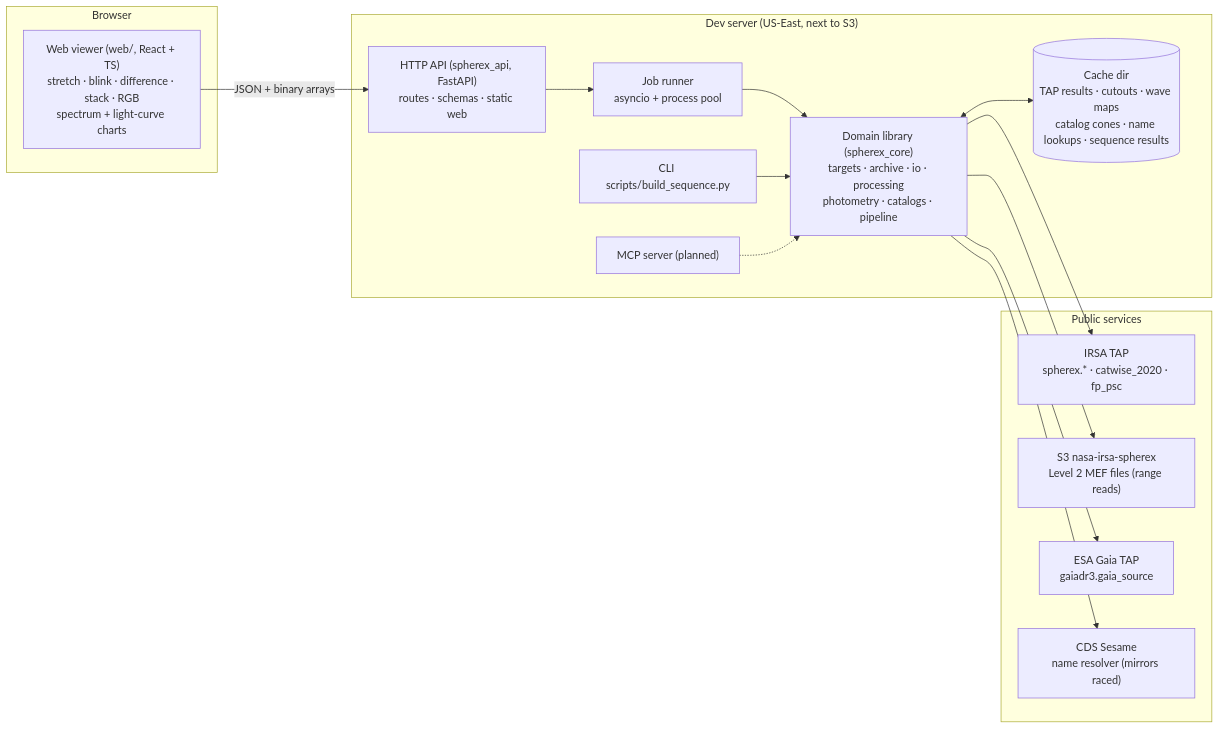
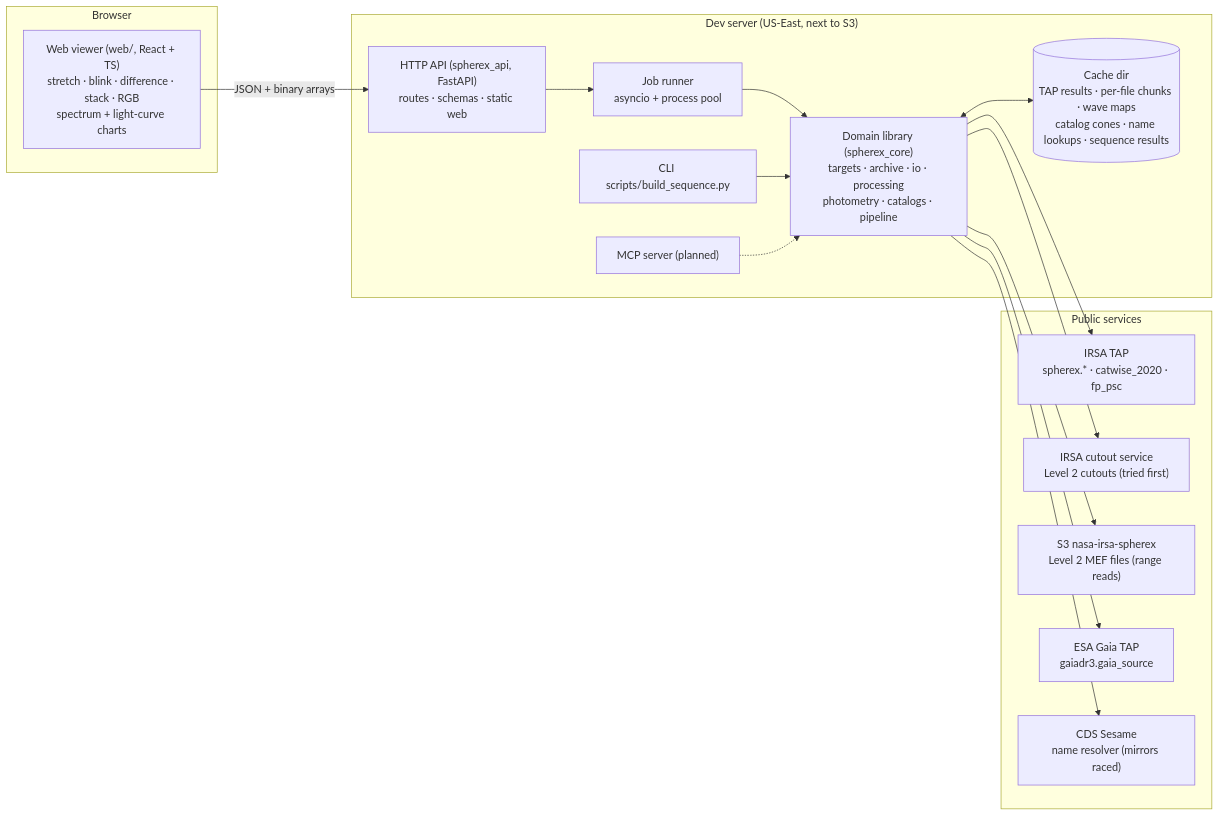
One commit to zabojeb/planet-x-spherex changed the first of 2 diagrams in docs/architecture.md. Above: the diagram before and after it, drawn with Mermaid. The commit also changed other lines of this file and 39 other files, not shown here.

First line of the commit message:
Load sequences fast: per-file chunks, IRSA cutouts, batched reads on the pool and live previews

````diff
--- a/docs/architecture.md
+++ b/docs/architecture.md
@@ -7,29 +7,31 @@
 ```mermaid
 flowchart LR
   subgraph Browser
     WEB["Web viewer (web/, React + TS)<br/>stretch · blink · difference · stack · RGB<br/>spectrum + light-curve charts"]
   end
   subgraph Server["Dev server (US-East, next to S3)"]
     API["HTTP API (spherex_api, FastAPI)<br/>routes · schemas · static web"]
     JOBS["Job runner<br/>asyncio + process pool"]
     CORE["Domain library (spherex_core)<br/>targets · archive · io · processing<br/>photometry · catalogs · pipeline"]
-    CACHE[("Cache dir<br/>TAP results · cutouts · wave maps<br/>catalog cones · name lookups · sequence results")]
+    CACHE[("Cache dir<br/>TAP results · per-file chunks · wave maps<br/>catalog cones · name lookups · sequence results")]
     MCP["MCP server (planned)"]
     CLI["CLI scripts/build_sequence.py"]
   end
   subgraph External["Public services"]
     TAP["IRSA TAP<br/>spherex.* · catwise_2020 · fp_psc"]
+    CUT["IRSA cutout service<br/>Level 2 cutouts (tried first)"]
     S3["S3 nasa-irsa-spherex<br/>Level 2 MEF files (range reads)"]
     GAIA["ESA Gaia TAP<br/>gaiadr3.gaia_source"]
     SES["CDS Sesame<br/>name resolver (mirrors raced)"]
   end
   WEB -- "JSON + binary arrays" --> API
   API --> JOBS --> CORE
   CLI --> CORE
   MCP -.-> CORE
   CORE <--> CACHE
   CORE --> TAP
+  CORE --> CUT
   CORE --> S3
   CORE --> GAIA
   CORE --> SES
 ```
````
